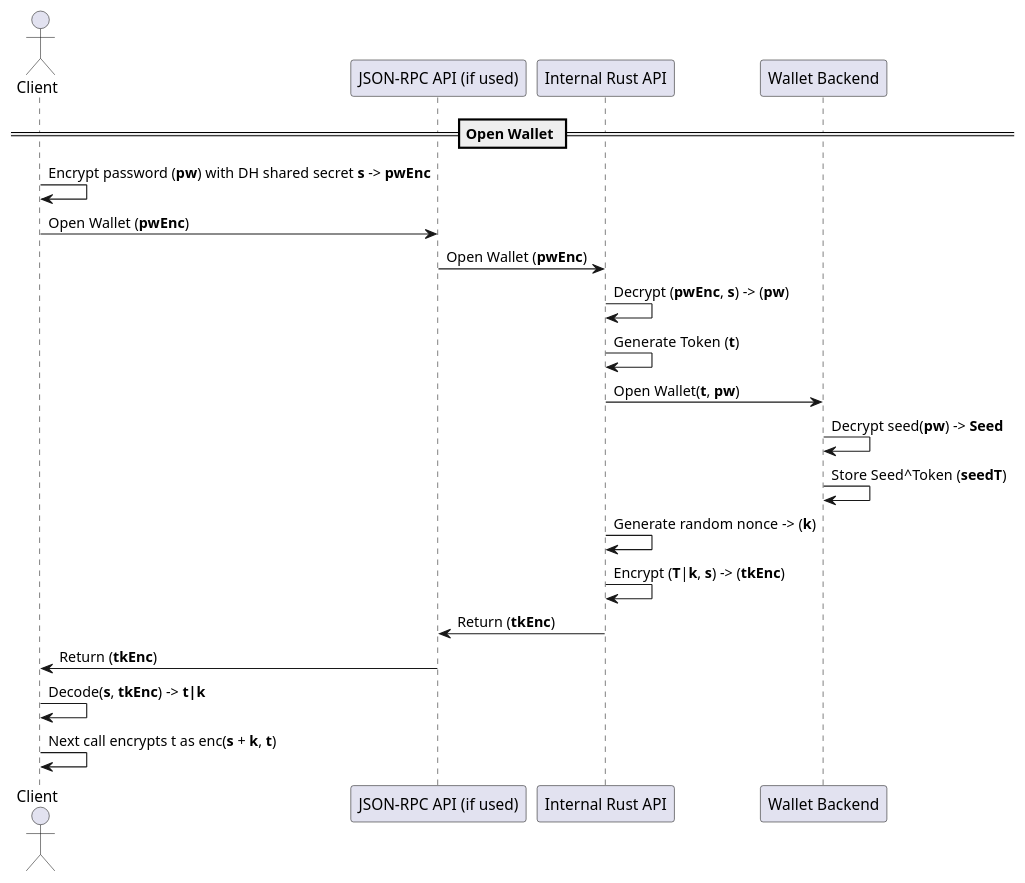
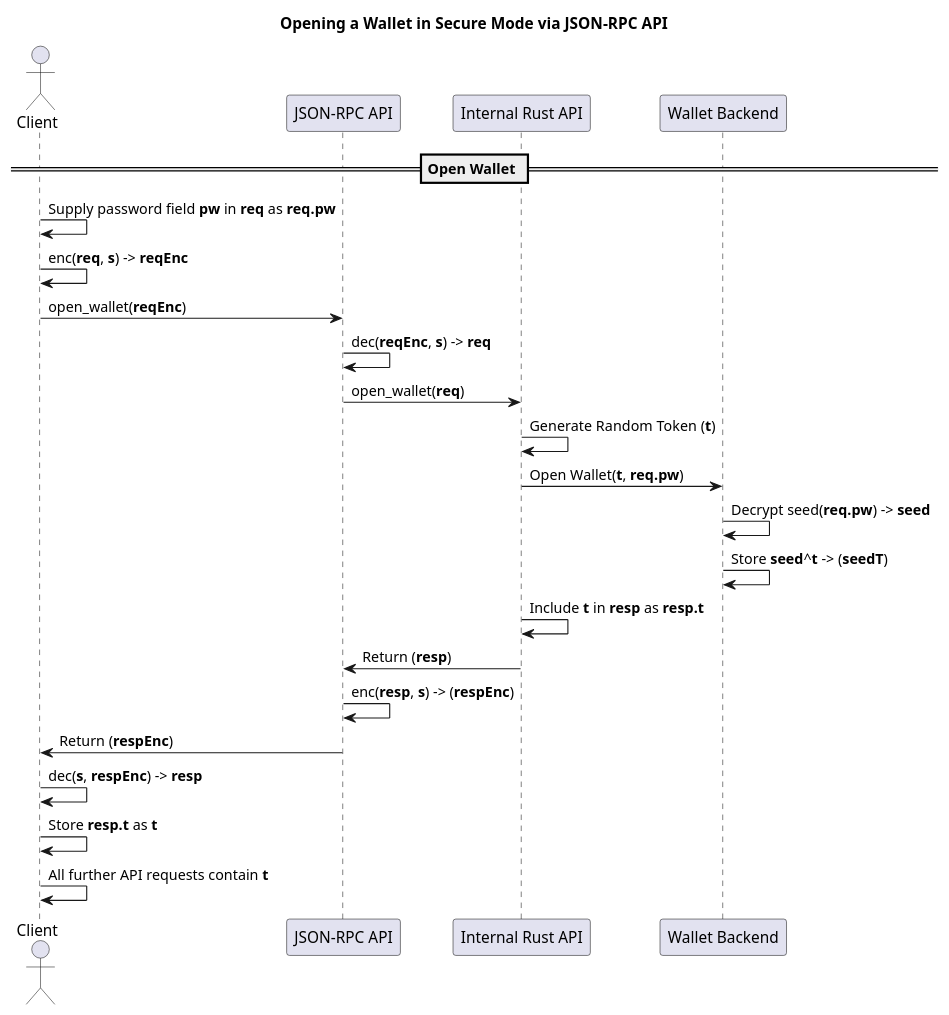
The diagram in assets/0000/0000-open-wallet.puml (mimblewimble/grin-rfcs), drawn with PlantUML before and after one commit. The commit also changed 12 other files, not shown here.

Commit message:
Update security model to encrypt entire JSON-RPC request/response

```diff
--- a/assets/0000/0000-open-wallet.puml
+++ b/assets/0000/0000-open-wallet.puml
@@ -1,21 +1,26 @@
 @startuml
 actor "Client" as client
-participant "JSON-RPC API (if used)" as jsonrpc
+participant "JSON-RPC API" as jsonrpc
 participant "Internal Rust API" as rustapi
 participant "Wallet Backend" as backend
+
+title Opening a Wallet in Secure Mode via JSON-RPC API
+
 == Open Wallet ==
-client -> client: Encrypt password (**pw**) with DH shared secret **s** -> **pwEnc**
-client -> jsonrpc: Open Wallet (**pwEnc**)
-jsonrpc -> rustapi: Open Wallet (**pwEnc**)
-rustapi -> rustapi: Decrypt (**pwEnc**, **s**) -> (**pw**)
-rustapi -> rustapi: Generate Token (**t**)
-rustapi -> backend: Open Wallet(**t**, **pw**)
-backend -> backend: Decrypt seed(**pw**) -> **Seed**
-backend -> backend: Store Seed^Token (**seedT**)
-rustapi -> rustapi: Generate random nonce -> (**k**)
-rustapi -> rustapi: Encrypt (**T**|**k**, **s**) -> (**tkEnc**)
-rustapi -> jsonrpc: Return (**tkEnc**)
-jsonrpc -> client: Return (**tkEnc**)
-client -> client: Decode(**s**, **tkEnc**) -> **t|k**
-client -> client: Next call encrypts t as enc(**s** + **k**, **t**)
+client -> client: Supply password field **pw** in **req** as **req.pw**
+client -> client: enc(**req**, **s**) -> **reqEnc**
+client -> jsonrpc: open_wallet(**reqEnc**)
+jsonrpc -> jsonrpc: dec(**reqEnc**, **s**) -> **req**
+jsonrpc -> rustapi: open_wallet(**req**)
+rustapi -> rustapi: Generate Random Token (**t**)
+rustapi -> backend: Open Wallet(**t**, **req.pw**)
+backend -> backend: Decrypt seed(**req.pw**) -> **seed**
+backend -> backend: Store **seed**^**t** -> (**seedT**)
+rustapi -> rustapi: Include **t** in **resp** as **resp.t**
+rustapi -> jsonrpc: Return (**resp**)
+jsonrpc -> jsonrpc: enc(**resp**, **s**) -> (**respEnc**)
+jsonrpc -> client: Return (**respEnc**)
+client -> client: dec(**s**, **respEnc**) -> **resp**
+client -> client: Store **resp.t** as **t**
+client -> client: All further API requests contain **t** 
 @enduml
```
